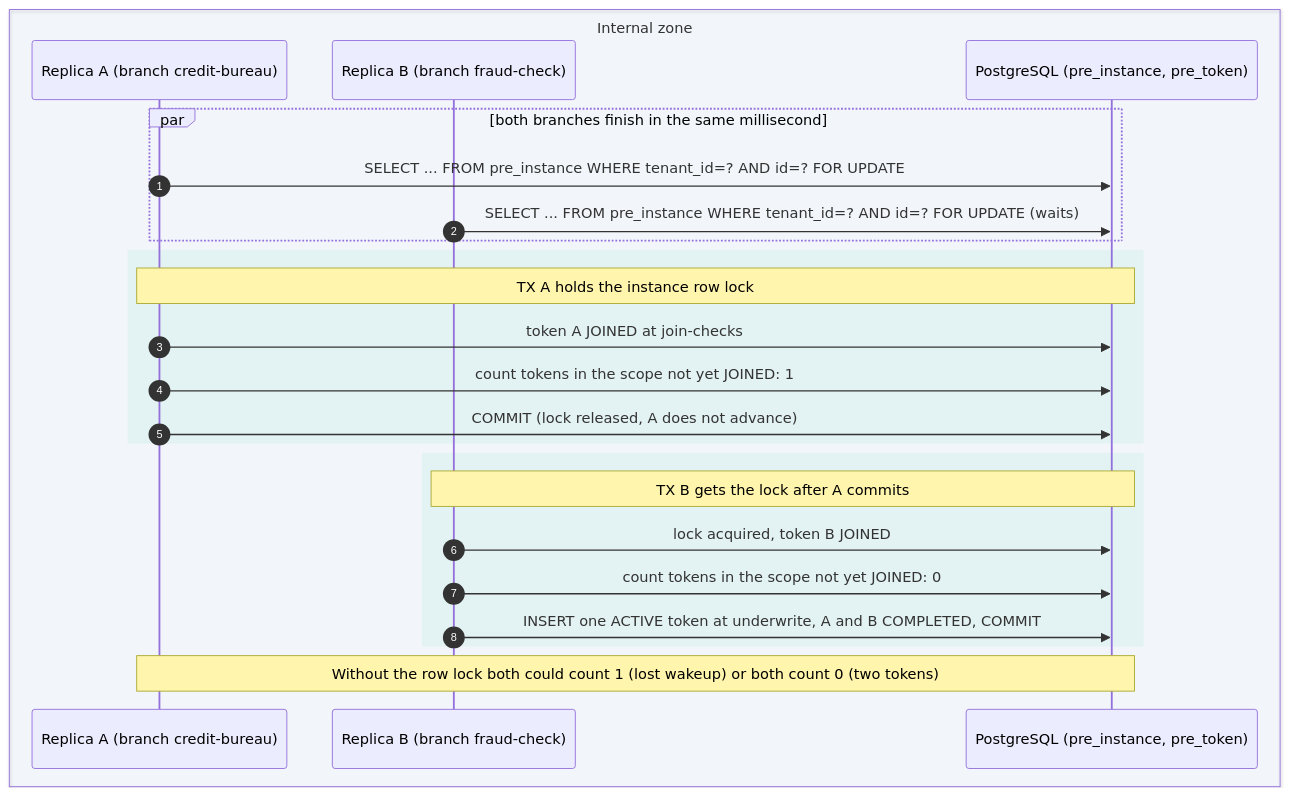
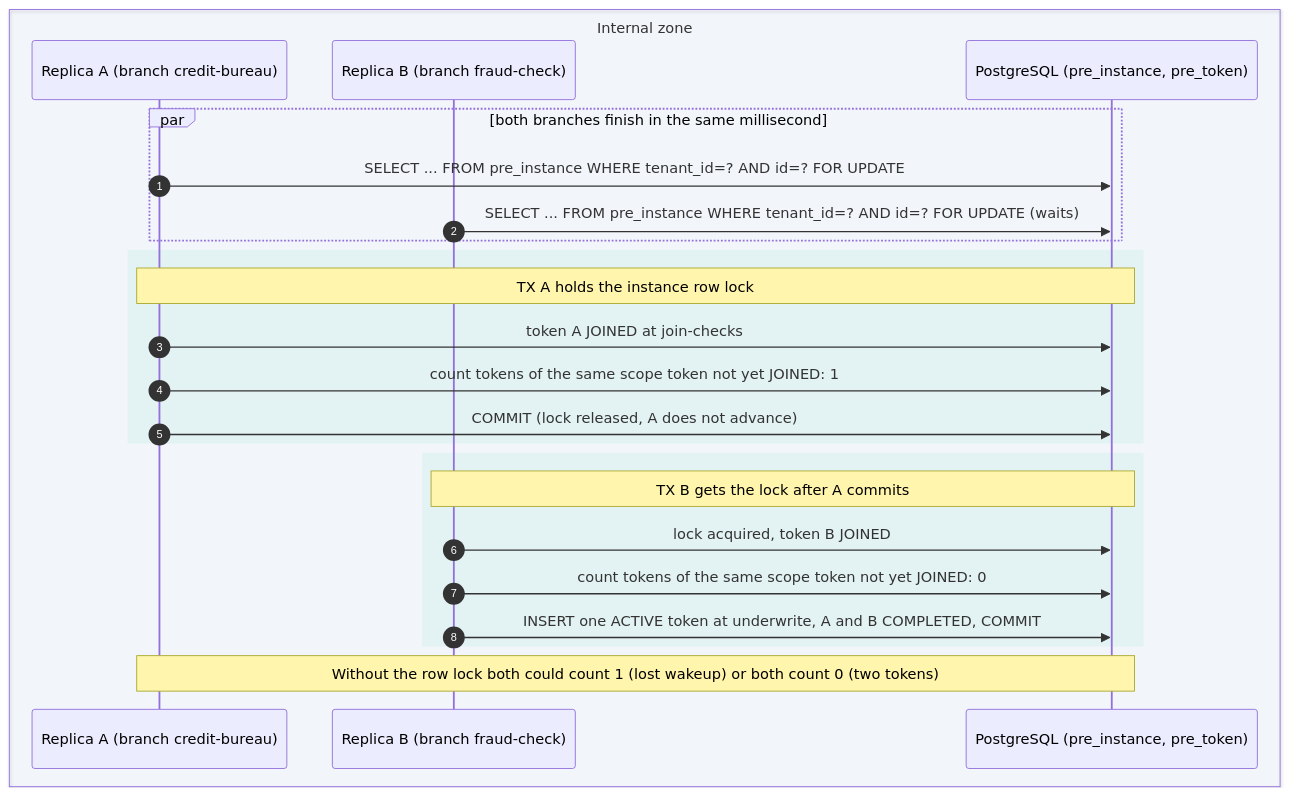
The diagram in docs/architecture/diagrams/parallel-join.mmd (dhluong90/horus-Agentic-BPM), drawn with Mermaid before and after one commit. The commit also changed 47 other files, not shown here.

```diff
--- a/docs/architecture/diagrams/parallel-join.mmd
+++ b/docs/architecture/diagrams/parallel-join.mmd
@@ -1,25 +1,25 @@
 sequenceDiagram
   autonumber
   box rgba(21,101,192,0.04) Internal zone
     participant A as Replica A (branch credit-bureau)
     participant B as Replica B (branch fraud-check)
     participant DB as PostgreSQL (pre_instance, pre_token)
   end
 
   par both branches finish in the same millisecond
     A->>DB: SELECT ... FROM pre_instance WHERE tenant_id=? AND id=? FOR UPDATE
     B->>DB: SELECT ... FROM pre_instance WHERE tenant_id=? AND id=? FOR UPDATE (waits)
   end
   rect rgba(224,242,241,0.8)
     Note over A,DB: TX A holds the instance row lock
     A->>DB: token A JOINED at join-checks
-    A->>DB: count tokens in the scope not yet JOINED: 1
+    A->>DB: count tokens of the same scope token not yet JOINED: 1
     A->>DB: COMMIT (lock released, A does not advance)
   end
   rect rgba(224,242,241,0.8)
     Note over B,DB: TX B gets the lock after A commits
     B->>DB: lock acquired, token B JOINED
-    B->>DB: count tokens in the scope not yet JOINED: 0
+    B->>DB: count tokens of the same scope token not yet JOINED: 0
     B->>DB: INSERT one ACTIVE token at underwrite, A and B COMPLETED, COMMIT
   end
   Note over A,DB: Without the row lock both could count 1 (lost wakeup) or both count 0 (two tokens)
```
